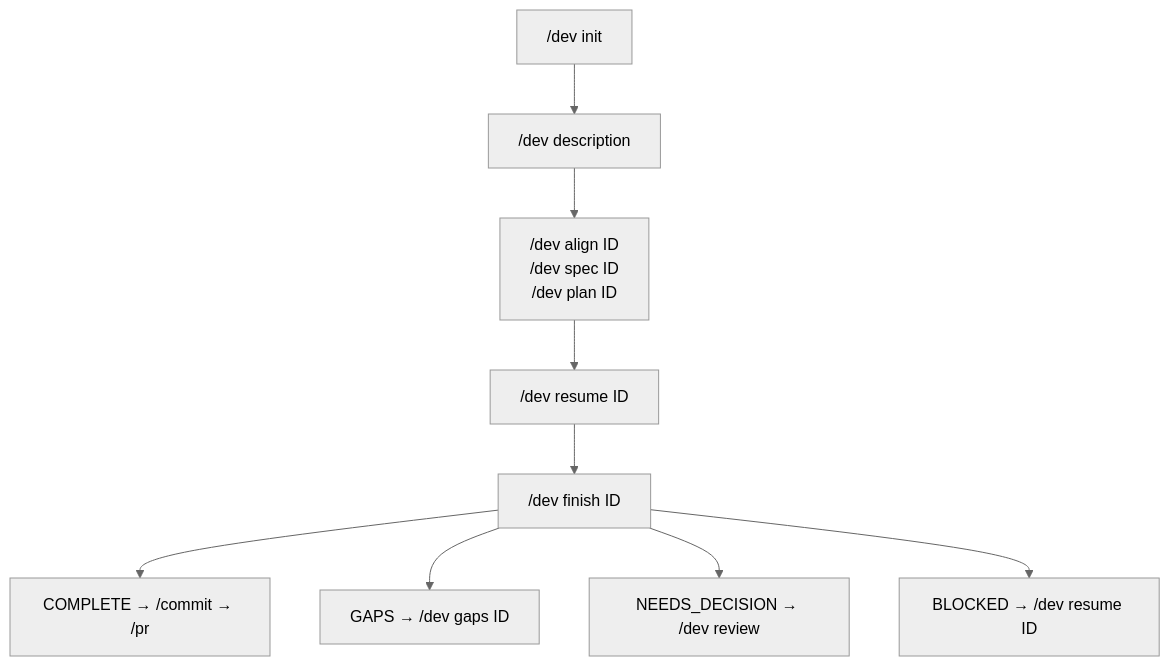
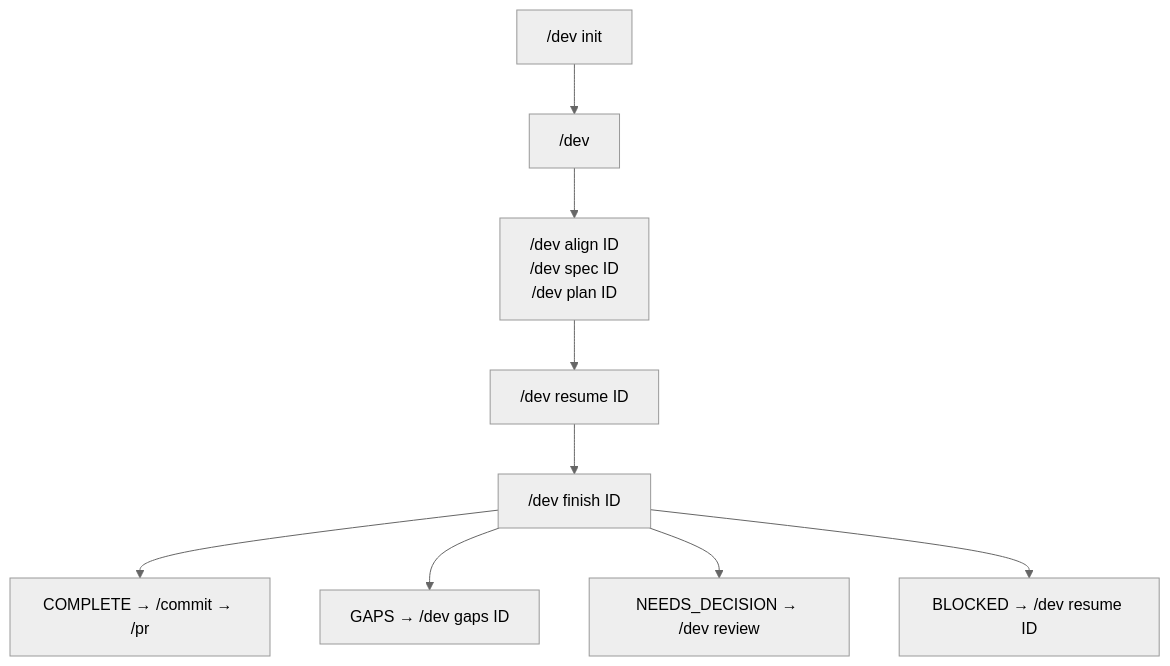
The first of 8 diagrams in docs/pipeline.md (cshirley/accord), drawn with Mermaid (neutral theme) before and after one commit. The commit also changed other lines of this file and 21 other files, not shown here.

````diff
--- a/docs/pipeline.md
+++ b/docs/pipeline.md
@@ -7,11 +7,11 @@
 ```mermaid
 flowchart TD
-    INIT["/dev init"] --> DESC["/dev description"]
+    INIT["/dev init"] --> DESC["/dev <free text>"]
     DESC --> AGREE["/dev align ID<br/>/dev spec ID<br/>/dev plan ID"]
     AGREE --> RESUME["/dev resume ID"]
     RESUME --> FINISH["/dev finish ID"]
     FINISH --> COMPLETE["COMPLETE → /commit → /pr"]
     FINISH --> GAPS["GAPS → /dev gaps ID"]
     FINISH --> ND["NEEDS_DECISION → /dev review"]
     FINISH --> BLOCKED["BLOCKED → /dev resume ID"]
 ```
````
